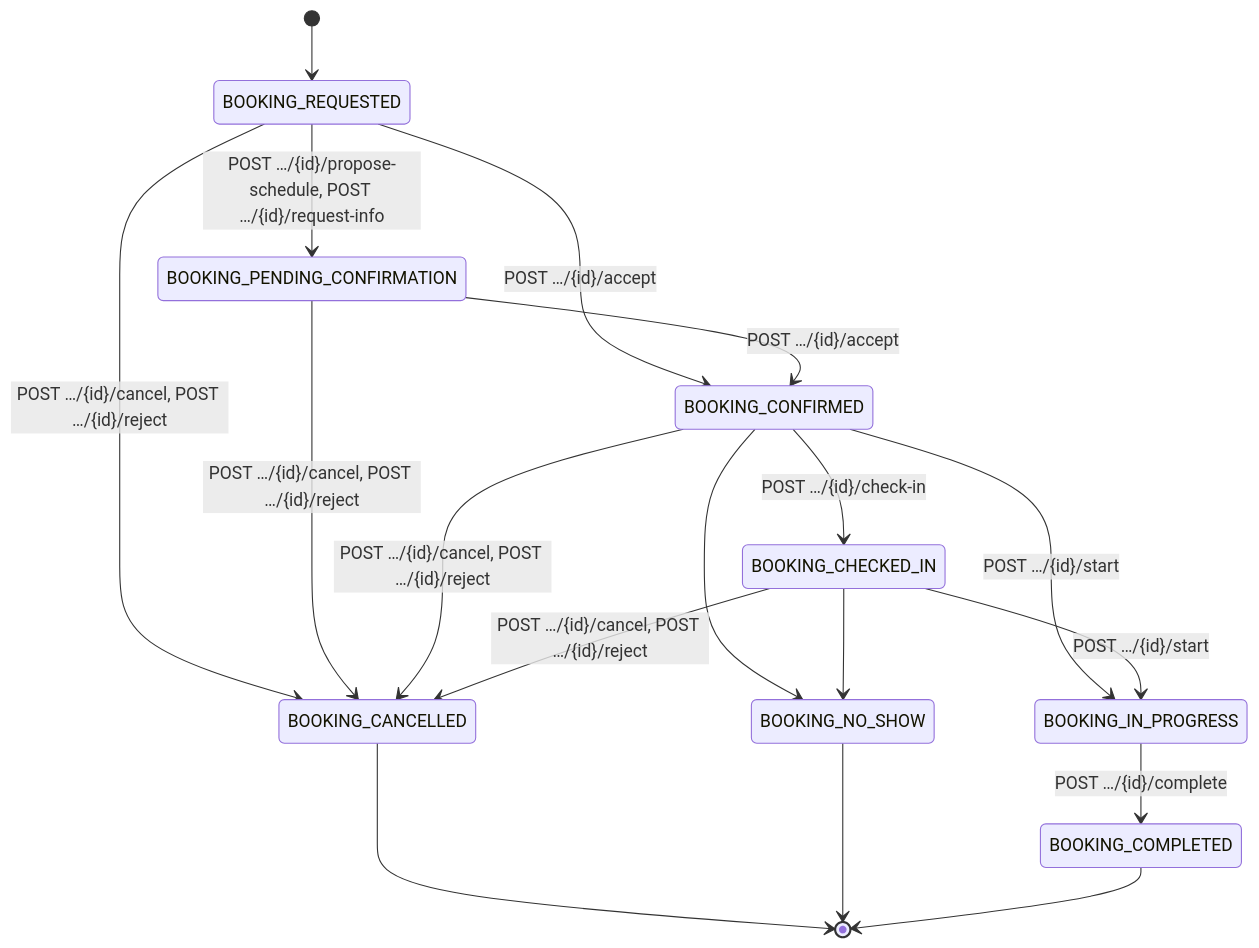
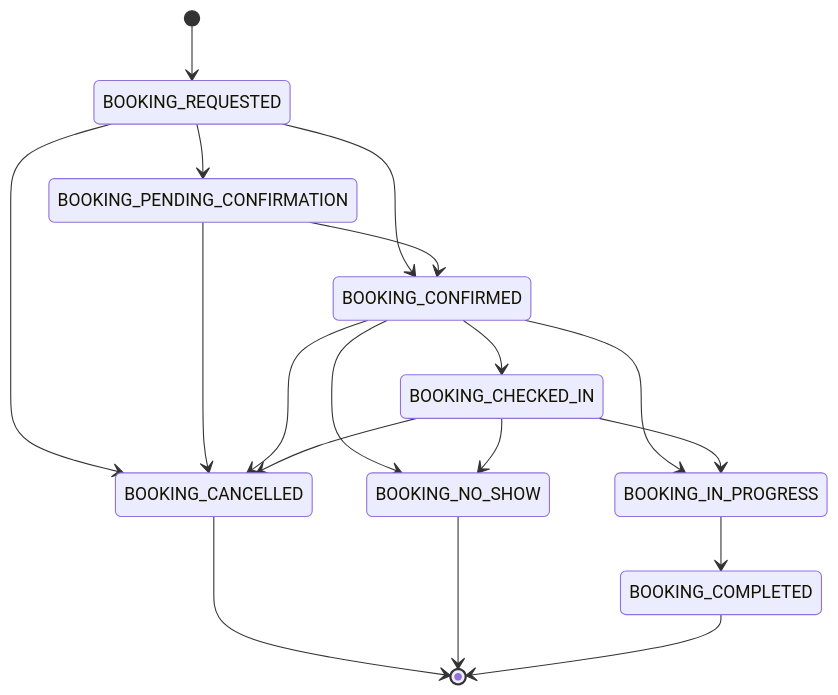
Before and after one commit to mdavila-2001/mantra-core-health-api: the fifth of 57 diagrams in docs/inventario/flujos/scheduling.md, drawn with Mermaid. The commit also changed other lines of this file and 451 other files, not shown here.

````diff
--- a/docs/inventario/flujos/scheduling.md
+++ b/docs/inventario/flujos/scheduling.md
@@ -747,20 +802,20 @@
 ```mermaid
 stateDiagram-v2
   [*] --> BOOKING_REQUESTED
-  BOOKING_REQUESTED --> BOOKING_PENDING_CONFIRMATION : POST …/{id}/propose-schedule, POST …/{id}/request-info
-  BOOKING_REQUESTED --> BOOKING_CONFIRMED : POST …/{id}/accept
-  BOOKING_REQUESTED --> BOOKING_CANCELLED : POST …/{id}/cancel, POST …/{id}/reject
-  BOOKING_PENDING_CONFIRMATION --> BOOKING_CONFIRMED : POST …/{id}/accept
-  BOOKING_PENDING_CONFIRMATION --> BOOKING_CANCELLED : POST …/{id}/cancel, POST …/{id}/reject
-  BOOKING_CONFIRMED --> BOOKING_CHECKED_IN : POST …/{id}/check-in
-  BOOKING_CONFIRMED --> BOOKING_IN_PROGRESS : POST …/{id}/start
-  BOOKING_CONFIRMED --> BOOKING_CANCELLED : POST …/{id}/cancel, POST …/{id}/reject
+  BOOKING_REQUESTED --> BOOKING_PENDING_CONFIRMATION
+  BOOKING_REQUESTED --> BOOKING_CONFIRMED
+  BOOKING_REQUESTED --> BOOKING_CANCELLED
+  BOOKING_PENDING_CONFIRMATION --> BOOKING_CONFIRMED
+  BOOKING_PENDING_CONFIRMATION --> BOOKING_CANCELLED
+  BOOKING_CONFIRMED --> BOOKING_CHECKED_IN
+  BOOKING_CONFIRMED --> BOOKING_IN_PROGRESS
+  BOOKING_CONFIRMED --> BOOKING_CANCELLED
   BOOKING_CONFIRMED --> BOOKING_NO_SHOW
-  BOOKING_CHECKED_IN --> BOOKING_IN_PROGRESS : POST …/{id}/start
-  BOOKING_CHECKED_IN --> BOOKING_CANCELLED : POST …/{id}/cancel, POST …/{id}/reject
+  BOOKING_CHECKED_IN --> BOOKING_IN_PROGRESS
+  BOOKING_CHECKED_IN --> BOOKING_CANCELLED
   BOOKING_CHECKED_IN --> BOOKING_NO_SHOW
-  BOOKING_IN_PROGRESS --> BOOKING_COMPLETED : POST …/{id}/complete
+  BOOKING_IN_PROGRESS --> BOOKING_COMPLETED
   BOOKING_CANCELLED --> [*]
   BOOKING_NO_SHOW --> [*]
   BOOKING_COMPLETED --> [*]
 ```
````
